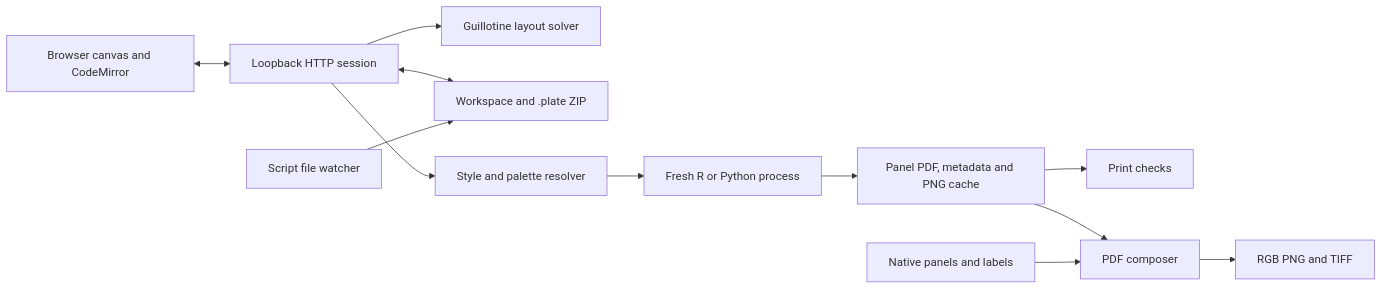
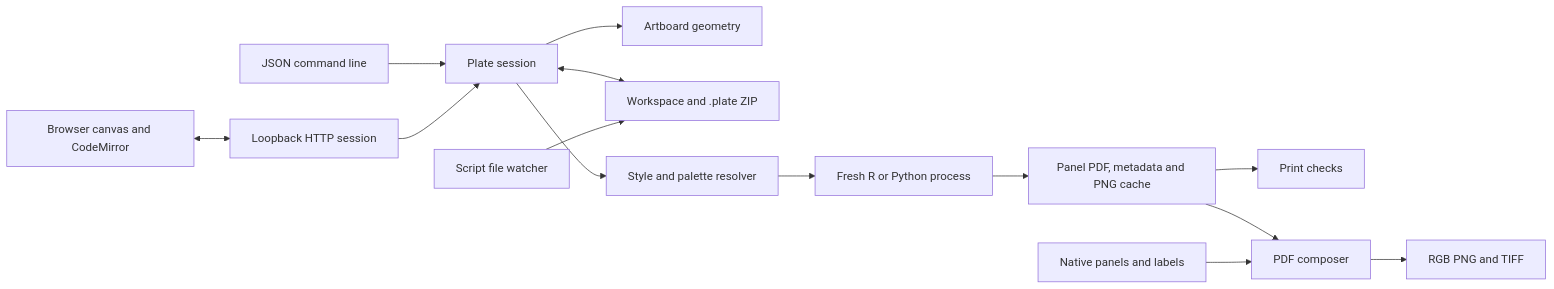
One commit to EthanShenx/Plate changed the first of 2 diagrams in ARCHITECTURE.md. Above: the diagram before and after it, drawn with Mermaid. The commit also changed other lines of this file and 65 other files, not shown here.

First line of the commit message:
Modernize Plate and support layered figure layouts

````diff
--- a/ARCHITECTURE.md
+++ b/ARCHITECTURE.md
@@ -5,14 +5,16 @@
 ```mermaid
 flowchart LR
   UI[Browser canvas and CodeMirror] <--> HTTP[Loopback HTTP session]
-  HTTP --> Layout[Guillotine layout solver]
-  HTTP <--> Disk[Workspace and .plate ZIP]
+  CLI[JSON command line] --> Session
+  HTTP --> Session[Plate session]
+  Session --> Layout[Artboard geometry]
+  Session <--> Disk[Workspace and .plate ZIP]
   Watch[Script file watcher] --> Disk
-  HTTP --> Resolve[Style and palette resolver]
+  Session --> Resolve[Style and palette resolver]
   Resolve --> Run[Fresh R or Python process]
   Run --> Cache[Panel PDF, metadata and PNG cache]
   Cache --> Check[Print checks]
   Cache --> Compose[PDF composer]
   Native[Native panels and labels] --> Compose
   Compose --> Raster[RGB PNG and TIFF]
 ```
````
